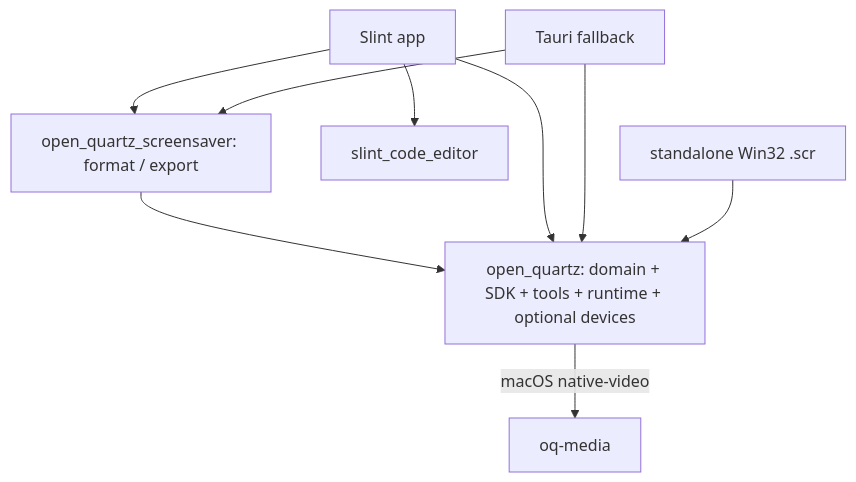
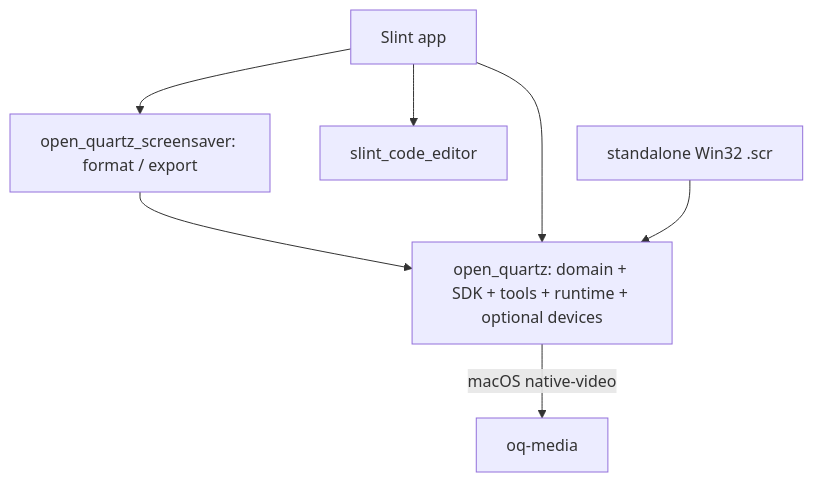
One commit to sanitor/open_quartz changed diagram 12 of 12 in docs/DESIGN.md. Above: the diagram before and after it, drawn with Mermaid. The commit also changed other lines of this file and 383 other files, not shown here.

First line of the commit message:
refactor: organize native core and retire Web and Tauri

````diff
--- a/docs/DESIGN.md
+++ b/docs/DESIGN.md
@@ -1031,12 +1024,10 @@
 ```mermaid
 flowchart TD
     CORE[open_quartz: domain + SDK + tools + runtime + optional devices]
     CORE -->|macOS native-video| MEDIA[oq-media]
     EXPORT[open_quartz_screensaver: format / export] --> CORE
     SLINT[Slint app] --> CORE
     SLINT --> EXPORT
     SLINT --> EDITOR[slint_code_editor]
-    TAURI[Tauri fallback] --> CORE
-    TAURI --> EXPORT
     SCR[standalone Win32 .scr] --> CORE
 ```
````
